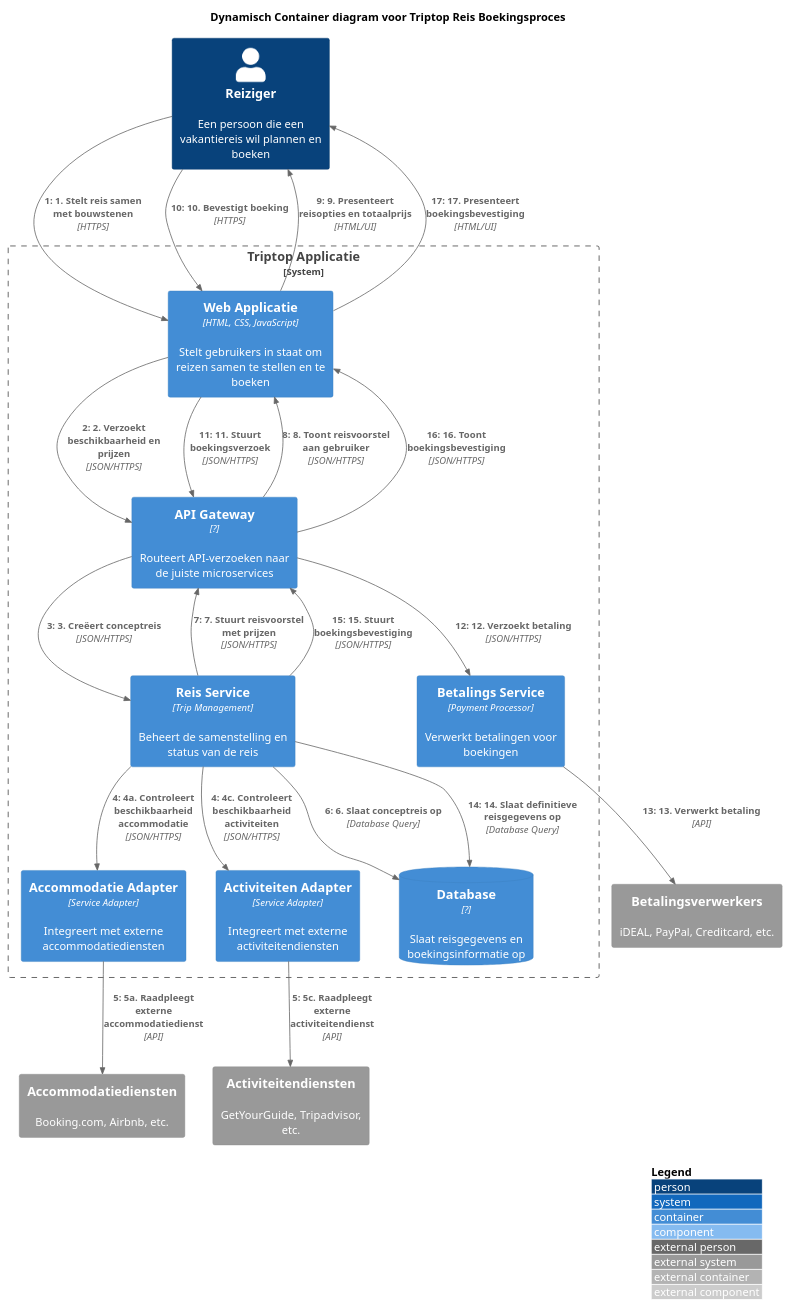
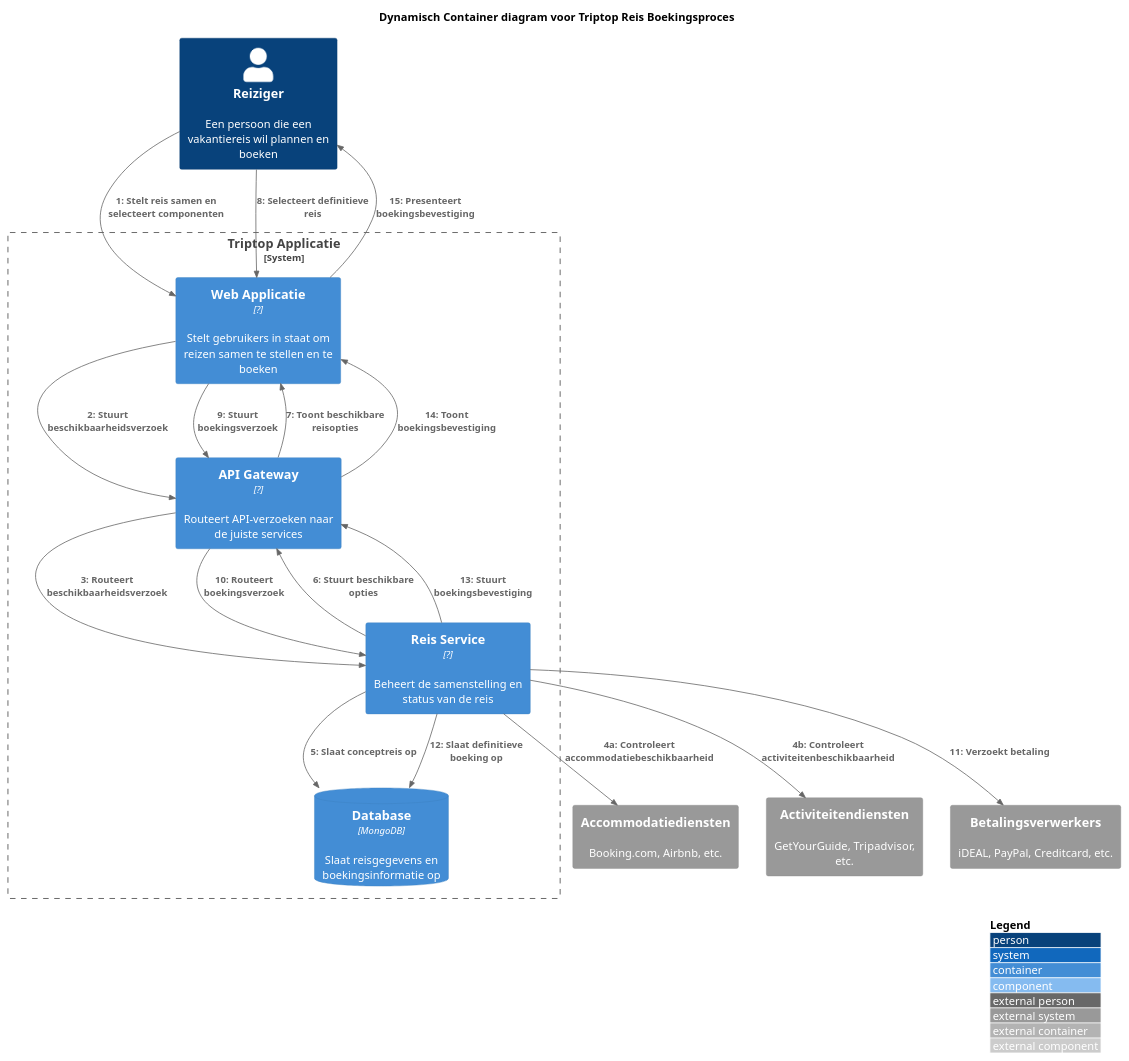
The diagram in software-guidebook/boekreiscontainer.puml (AIM-ENE-feb25/triptop-groep-5), drawn with PlantUML before and after one commit. The commit also changed 2 other files, not shown here.

Commit message:
more diagrams

```diff
--- a/software-guidebook/boekreiscontainer.puml
+++ b/software-guidebook/boekreiscontainer.puml
@@ -1,54 +1,42 @@
-@startuml "Triptop Reisboeken - Dynamisch Container Diagram"
+@startuml "Triptop Login - Herzien Dynamisch Container Diagram"
 !include https://raw.githubusercontent.com/plantuml-stdlib/C4-PlantUML/master/C4_Container.puml
 !include https://raw.githubusercontent.com/plantuml-stdlib/C4-PlantUML/master/C4_Dynamic.puml
 
 LAYOUT_WITH_LEGEND()
 
 title Dynamisch Container diagram voor Triptop Reis Boekingsproces
 
 Person(reiziger, "Reiziger", "Een persoon die een vakantiereis wil plannen en boeken")
 
 System_Boundary(triptopSysteem, "Triptop Applicatie") {
-    Container(webApp, "Web Applicatie", "HTML, CSS, JavaScript", "Stelt gebruikers in staat om reizen samen te stellen en te boeken")
+    Container(webApp, "Web Applicatie", "?", "Stelt gebruikers in staat om reizen samen te stellen en te boeken")
 
-    Container(apiGateway, "API Gateway", "?", "Routeert API-verzoeken naar de juiste microservices")
-    Container(tripService, "Reis Service", "Trip Management", "Beheert de samenstelling en status van de reis")
+    Container(apiGateway, "API Gateway", "?", "Routeert API-verzoeken naar de juiste services")
 
-    Container(accommodationAdapter, "Accommodatie Adapter", "Service Adapter", "Integreert met externe accommodatiediensten")
-    Container(activityAdapter, "Activiteiten Adapter", "Service Adapter", "Integreert met externe activiteitendiensten")
-    Container(paymentService, "Betalings Service", "Payment Processor", "Verwerkt betalingen voor boekingen")
+    Container(tripService, "Reis Service", "?", "Beheert de samenstelling en status van de reis")
 
-    ContainerDb(database, "Database", "?", "Slaat reisgegevens en boekingsinformatie op")
+    ContainerDb(database, "Database", "MongoDB", "Slaat reisgegevens en boekingsinformatie op")
 }
 
-System_Ext(bookingExternal, "Accommodatiediensten", "Booking.com, Airbnb, etc.")
+System_Ext(accommodationExternal, "Accommodatiediensten", "Booking.com, Airbnb, etc.")
 System_Ext(activityExternal, "Activiteitendiensten", "GetYourGuide, Tripadvisor, etc.")
 System_Ext(paymentExternal, "Betalingsverwerkers", "iDEAL, PayPal, Creditcard, etc.")
 
-' Dynamische interacties voor het boekingsproces
-RelIndex(1, reiziger, webApp, "1. Stelt reis samen met bouwstenen", "HTTPS")
-RelIndex(2, webApp, apiGateway, "2. Verzoekt beschikbaarheid en prijzen", "JSON/HTTPS")
-RelIndex(3, apiGateway, tripService, "3. Creëert conceptreis", "JSON/HTTPS")
-
-RelIndex(4, tripService, accommodationAdapter, "4a. Controleert beschikbaarheid accommodatie", "JSON/HTTPS")
-RelIndex(4, tripService, activityAdapter, "4c. Controleert beschikbaarheid activiteiten", "JSON/HTTPS")
-
-RelIndex(5, accommodationAdapter, bookingExternal, "5a. Raadpleegt externe accommodatiedienst", "API")
-RelIndex(5, activityAdapter, activityExternal, "5c. Raadpleegt externe activiteitendienst", "API")
-
-RelIndex(6, tripService, database, "6. Slaat conceptreis op", "Database Query")
-RelIndex(7, tripService, apiGateway, "7. Stuurt reisvoorstel met prijzen", "JSON/HTTPS")
-RelIndex(8, apiGateway, webApp, "8. Toont reisvoorstel aan gebruiker", "JSON/HTTPS")
-RelIndex(9, webApp, reiziger, "9. Presenteert reisopties en totaalprijs", "HTML/UI")
-
-RelIndex(10, reiziger, webApp, "10. Bevestigt boeking", "HTTPS")
-RelIndex(11, webApp, apiGateway, "11. Stuurt boekingsverzoek", "JSON/HTTPS")
-RelIndex(12, apiGateway, paymentService, "12. Verzoekt betaling", "JSON/HTTPS")
-RelIndex(13, paymentService, paymentExternal, "13. Verwerkt betaling", "API")
-
-RelIndex(14, tripService, database, "14. Slaat definitieve reisgegevens op", "Database Query")
-RelIndex(15, tripService, apiGateway, "15. Stuurt boekingsbevestiging", "JSON/HTTPS")
-RelIndex(16, apiGateway, webApp, "16. Toont boekingsbevestiging", "JSON/HTTPS")
-RelIndex(17, webApp, reiziger, "17. Presenteert boekingsbevestiging", "HTML/UI")
+RelIndex(1, reiziger, webApp, "Stelt reis samen en selecteert componenten")
+RelIndex(2, webApp, apiGateway, "Stuurt beschikbaarheidsverzoek")
+RelIndex(3, apiGateway, tripService, "Routeert beschikbaarheidsverzoek")
+RelIndex(4a, tripService, accommodationExternal, "Controleert accommodatiebeschikbaarheid")
+RelIndex(4b, tripService, activityExternal, "Controleert activiteitenbeschikbaarheid")
+RelIndex(5, tripService, database, "Slaat conceptreis op")
+RelIndex(6, tripService, apiGateway, "Stuurt beschikbare opties")
+RelIndex(7, apiGateway, webApp, "Toont beschikbare reisopties")
+RelIndex(8, reiziger, webApp, "Selecteert definitieve reis")
+RelIndex(9, webApp, apiGateway, "Stuurt boekingsverzoek")
+RelIndex(10, apiGateway, tripService, "Routeert boekingsverzoek")
+RelIndex(11, tripService, paymentExternal, "Verzoekt betaling")
+RelIndex(12, tripService, database, "Slaat definitieve boeking op")
+RelIndex(13, tripService, apiGateway, "Stuurt boekingsbevestiging")
+RelIndex(14, apiGateway, webApp, "Toont boekingsbevestiging")
+RelIndex(15, webApp, reiziger, "Presenteert boekingsbevestiging")
 
 @enduml
```
